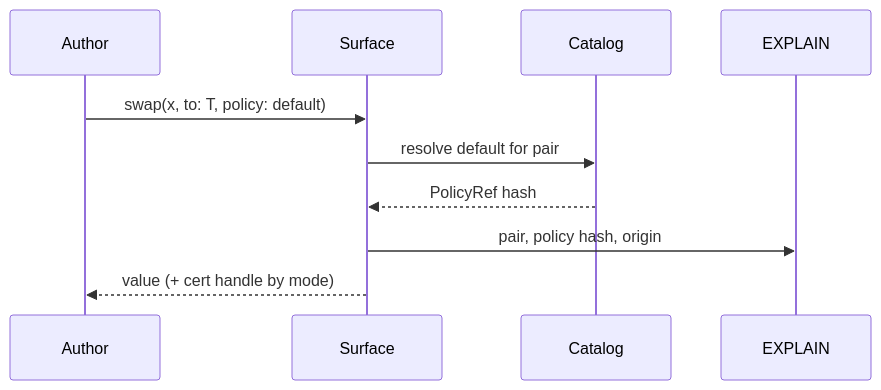
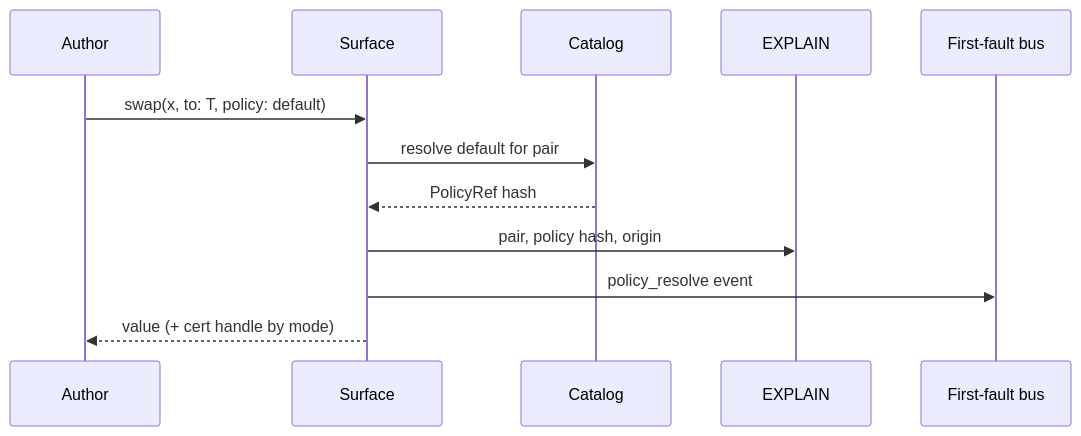
Before and after one commit to tzervas/mycelium: the second of 2 diagrams in docs/planning/gap-analysis-2026-07-16/DESIGN-01-SWAPS-AND-POLICY.md, drawn with Mermaid. The commit also changed other lines of this file and 6 other files, not shown here.

````diff
--- a/docs/planning/gap-analysis-2026-07-16/DESIGN-01-SWAPS-AND-POLICY.md
+++ b/docs/planning/gap-analysis-2026-07-16/DESIGN-01-SWAPS-AND-POLICY.md
@@ -66,12 +73,14 @@
 ```mermaid
 sequenceDiagram
   participant Author
   participant Surface
   participant Catalog
   participant EXPLAIN
+  participant Bus as First-fault bus
   Author->>Surface: swap(x, to: T, policy: default)
   Surface->>Catalog: resolve default for pair
   Catalog-->>Surface: PolicyRef hash
   Surface->>EXPLAIN: pair, policy hash, origin
+  Surface->>Bus: policy_resolve event
   Surface-->>Author: value (+ cert handle by mode)
 ```
````
